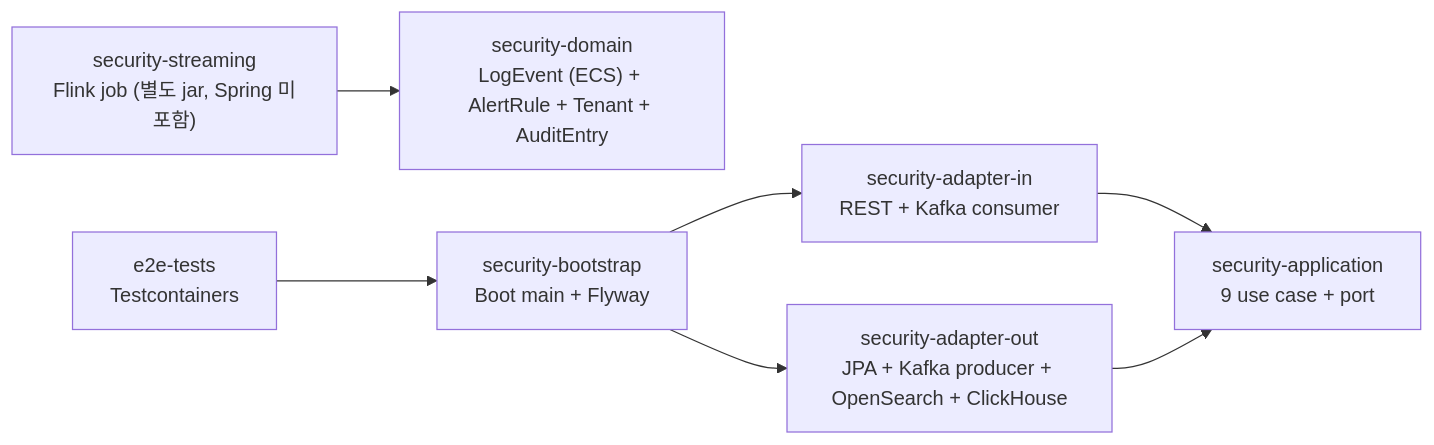
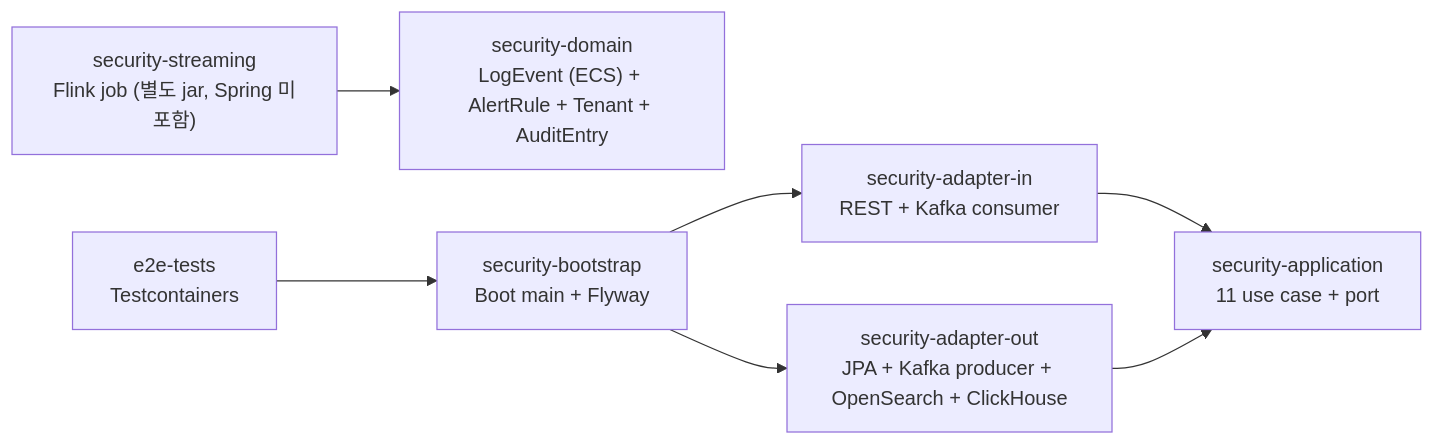
Before and after one commit to ssa1004/security-log-search: the second of 3 diagrams in README.md, drawn with Mermaid. The commit also changed other lines of this file, not shown here.

First line of the commit message:
docs(readme): use case 카운트 9 → 11 (Sigma import 후 추가분 반영)

````diff
--- a/README.md
+++ b/README.md
@@ -49,17 +49,17 @@
 ```mermaid
 graph LR
     domain["security-domain<br/>LogEvent (ECS) + AlertRule + Tenant + AuditEntry"]
-    app["security-application<br/>9 use case + port"]
+    app["security-application<br/>11 use case + port"]
     in["security-adapter-in<br/>REST + Kafka consumer"]
     out["security-adapter-out<br/>JPA + Kafka producer + OpenSearch + ClickHouse"]
     streaming["security-streaming<br/>Flink job (별도 jar, Spring 미포함)"]
     boot["security-bootstrap<br/>Boot main + Flyway"]
     e2e["e2e-tests<br/>Testcontainers"]
 
     in --> app
     out --> app
     boot --> in
     boot --> out
     streaming --> domain
     e2e --> boot
 ```
````
